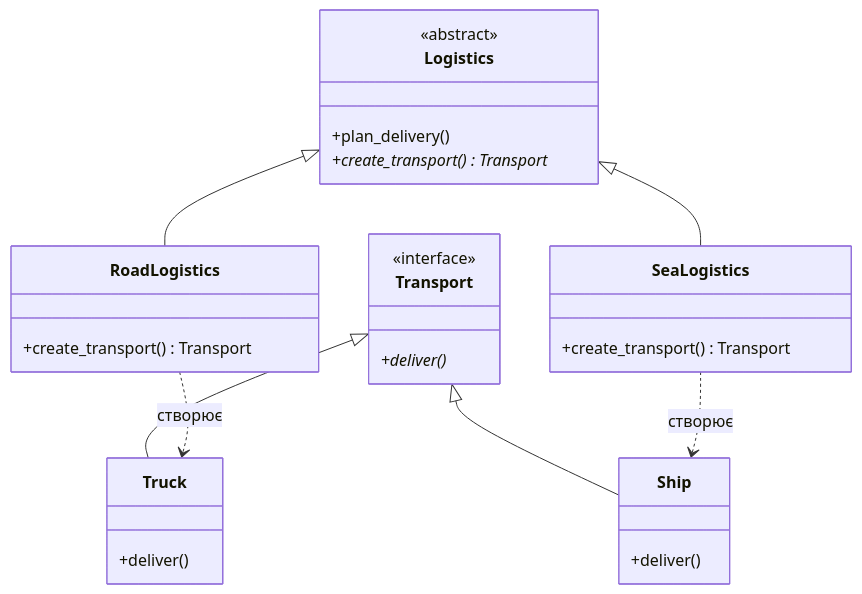
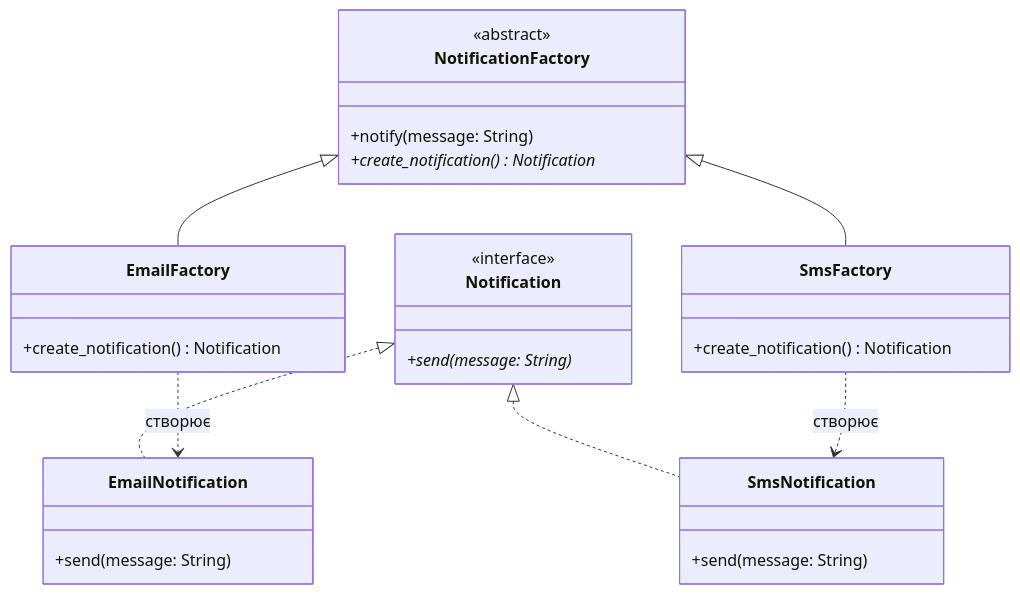
Before and after one commit to bohdanfariyon/web: the first of 3 diagrams in README.md, drawn with Mermaid. The commit also changed other lines of this file, not shown here.

Commit message:
Update README with Factory Method and Adapter patterns

````diff
--- a/README.md
+++ b/README.md
@@ -68,31 +57,31 @@
 ```mermaid
 classDiagram
-    class Logistics {
+    class NotificationFactory {
         <<abstract>>
-        +plan_delivery()
-        +create_transport()* Transport
+        +notify(message: String)
+        +create_notification()* Notification
     }
-    class RoadLogistics {
-        +create_transport() Transport
+    class EmailFactory {
+        +create_notification() Notification
     }
-    class SeaLogistics {
-        +create_transport() Transport
+    class SmsFactory {
+        +create_notification() Notification
     }
-    class Transport {
+    class Notification {
         <<interface>>
-        +deliver()*
+        +send(message: String)*
     }
-    class Truck {
-        +deliver()
+    class EmailNotification {
+        +send(message: String)
     }
-    class Ship {
-        +deliver()
+    class SmsNotification {
+        +send(message: String)
     }
 
-    Logistics <|-- RoadLogistics
-    Logistics <|-- SeaLogistics
-    Transport <|-- Truck
-    Transport <|-- Ship
-    RoadLogistics ..> Truck : створює
-    SeaLogistics ..> Ship : створює
+    NotificationFactory <|-- EmailFactory
+    NotificationFactory <|-- SmsFactory
+    Notification <|.. EmailNotification
+    Notification <|.. SmsNotification
+    EmailFactory ..> EmailNotification : створює
+    SmsFactory ..> SmsNotification : створює
 ```
````
